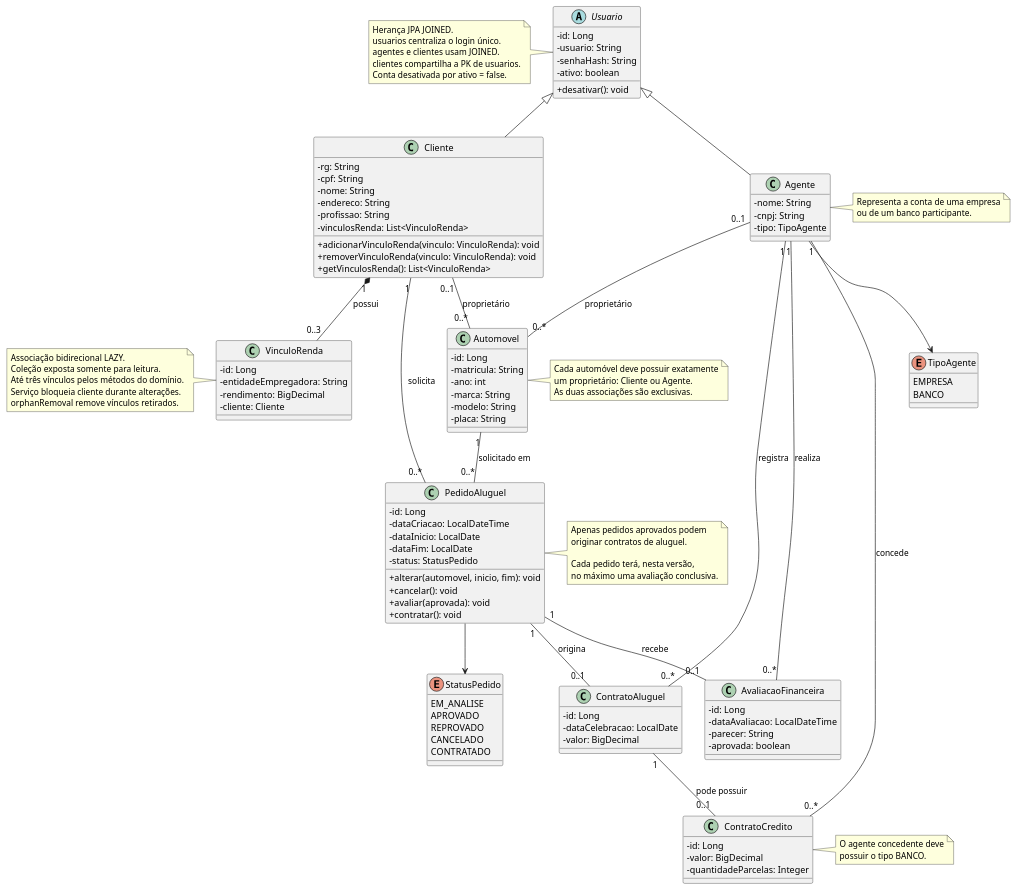
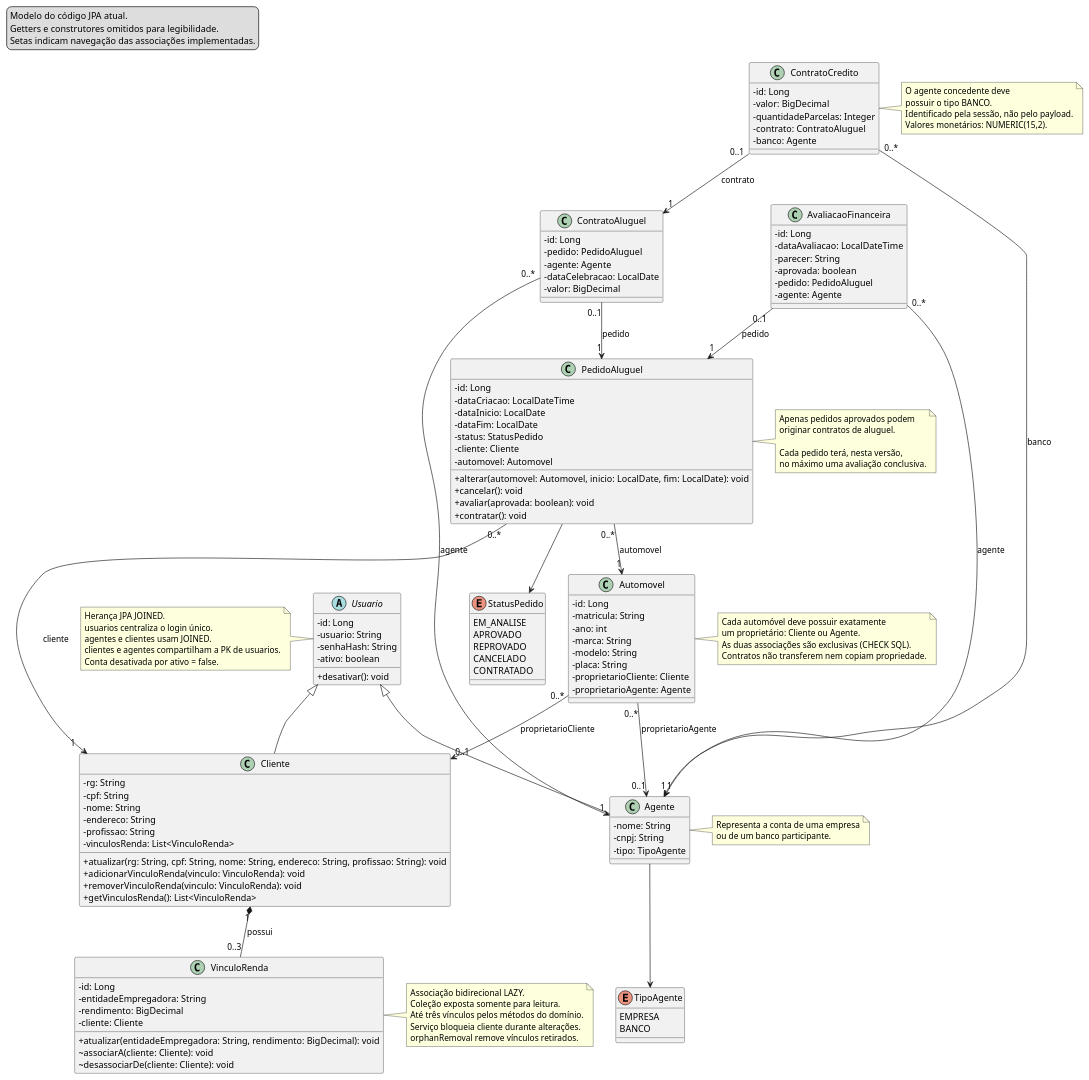
The diagram in AluguelDeCarros/src/docs/uml.puml (Evycostzocn/AluguelDeCarros), drawn with PlantUML before and after one commit. The commit also changed 18 other files, not shown here.

```diff
--- a/AluguelDeCarros/src/docs/uml.puml
+++ b/AluguelDeCarros/src/docs/uml.puml
@@ -1,153 +1,176 @@
 @startuml
 top to bottom direction
 skinparam classAttributeIconSize 0
+
+legend top left
+  Modelo do código JPA atual.
+  Getters e construtores omitidos para legibilidade.
+  Setas indicam navegação das associações implementadas.
+endlegend
 
 abstract class Usuario {
     - id: Long
     - usuario: String
     - senhaHash: String
     - ativo: boolean
     + desativar(): void
 }
 
 class Cliente {
     - rg: String
     - cpf: String
     - nome: String
     - endereco: String
     - profissao: String
     - vinculosRenda: List<VinculoRenda>
+    + atualizar(rg: String, cpf: String, nome: String, endereco: String, profissao: String): void
     + adicionarVinculoRenda(vinculo: VinculoRenda): void
     + removerVinculoRenda(vinculo: VinculoRenda): void
     + getVinculosRenda(): List<VinculoRenda>
 }
 
 class Agente {
     - nome: String
     - cnpj: String
     - tipo: TipoAgente
 }
 
 enum TipoAgente {
     EMPRESA
     BANCO
 }
 
 class VinculoRenda {
     - id: Long
     - entidadeEmpregadora: String
     - rendimento: BigDecimal
     - cliente: Cliente
+    + atualizar(entidadeEmpregadora: String, rendimento: BigDecimal): void
+    ~ associarA(cliente: Cliente): void
+    ~ desassociarDe(cliente: Cliente): void
 }
 
 class Automovel {
     - id: Long
     - matricula: String
     - ano: int
     - marca: String
     - modelo: String
     - placa: String
+    - proprietarioCliente: Cliente
+    - proprietarioAgente: Agente
 }
 
 class PedidoAluguel {
     - id: Long
     - dataCriacao: LocalDateTime
     - dataInicio: LocalDate
     - dataFim: LocalDate
     - status: StatusPedido
-    + alterar(automovel, inicio, fim): void
+    - cliente: Cliente
+    - automovel: Automovel
+    + alterar(automovel: Automovel, inicio: LocalDate, fim: LocalDate): void
     + cancelar(): void
-    + avaliar(aprovada): void
+    + avaliar(aprovada: boolean): void
     + contratar(): void
 }
 
 enum StatusPedido {
     EM_ANALISE
     APROVADO
     REPROVADO
     CANCELADO
     CONTRATADO
 }
 
 class AvaliacaoFinanceira {
     - id: Long
     - dataAvaliacao: LocalDateTime
     - parecer: String
     - aprovada: boolean
+    - pedido: PedidoAluguel
+    - agente: Agente
 }
 
 class ContratoAluguel {
     - id: Long
+    - pedido: PedidoAluguel
+    - agente: Agente
     - dataCelebracao: LocalDate
     - valor: BigDecimal
 }
 
 class ContratoCredito {
     - id: Long
     - valor: BigDecimal
     - quantidadeParcelas: Integer
+    - contrato: ContratoAluguel
+    - banco: Agente
 }
 
 note left of Usuario
     Herança JPA JOINED.
     usuarios centraliza o login único.
     agentes e clientes usam JOINED.
-    clientes compartilha a PK de usuarios.
+    clientes e agentes compartilham a PK de usuarios.
     Conta desativada por ativo = false.
 end note
 
 note left of VinculoRenda
     Associação bidirecional LAZY.
     Coleção exposta somente para leitura.
     Até três vínculos pelos métodos do domínio.
     Serviço bloqueia cliente durante alterações.
     orphanRemoval remove vínculos retirados.
 end note
 
 Usuario <|-- Cliente
 Usuario <|-- Agente
 
 Agente --> TipoAgente
 PedidoAluguel --> StatusPedido
 
 Cliente "1" *-- "0..3" VinculoRenda : possui
-Cliente "1" -- "0..*" PedidoAluguel : solicita
-Automovel "1" -- "0..*" PedidoAluguel : solicitado em
+PedidoAluguel "0..*" --> "1" Cliente : cliente
+PedidoAluguel "0..*" --> "1" Automovel : automovel
 
-PedidoAluguel "1" -- "0..1" AvaliacaoFinanceira : recebe
-Agente "1" -- "0..*" AvaliacaoFinanceira : realiza
+AvaliacaoFinanceira "0..1" --> "1" PedidoAluguel : pedido
+AvaliacaoFinanceira "0..*" --> "1" Agente : agente
 
-PedidoAluguel "1" -- "0..1" ContratoAluguel : origina
-Agente "1" -- "0..*" ContratoAluguel : registra
+ContratoAluguel "0..1" --> "1" PedidoAluguel : pedido
+ContratoAluguel "0..*" --> "1" Agente : agente
 
-ContratoAluguel "1" -- "0..1" ContratoCredito : pode possuir
-Agente "1" -- "0..*" ContratoCredito : concede
+ContratoCredito "0..1" --> "1" ContratoAluguel : contrato
+ContratoCredito "0..*" --> "1" Agente : banco
 
-Cliente "0..1" -- "0..*" Automovel : proprietário
-Agente "0..1" -- "0..*" Automovel : proprietário
+Automovel "0..*" --> "0..1" Cliente : proprietarioCliente
+Automovel "0..*" --> "0..1" Agente : proprietarioAgente
 
 note right of Agente
     Representa a conta de uma empresa
     ou de um banco participante.
 end note
 
 note right of Automovel
     Cada automóvel deve possuir exatamente
     um proprietário: Cliente ou Agente.
-    As duas associações são exclusivas.
+    As duas associações são exclusivas (CHECK SQL).
+    Contratos não transferem nem copiam propriedade.
 end note
 
 note right of PedidoAluguel
     Apenas pedidos aprovados podem
     originar contratos de aluguel.
 
     Cada pedido terá, nesta versão,
     no máximo uma avaliação conclusiva.
 end note
 
 note right of ContratoCredito
     O agente concedente deve
     possuir o tipo BANCO.
+    Identificado pela sessão, não pelo payload.
+    Valores monetários: NUMERIC(15,2).
 end note
 
 @enduml
```
